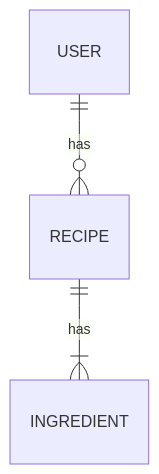
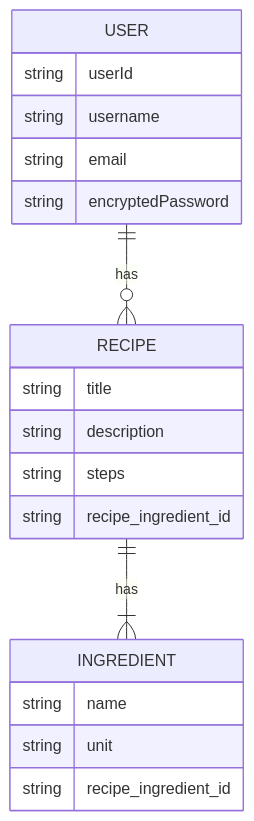
One commit to renja-g/IngredientsGraph changed the diagram in README.md. Above: the diagram before and after it, drawn with Mermaid.

````diff
--- a/README.md
+++ b/README.md
@@ -7,6 +7,23 @@
 ```mermaid
 erDiagram
     USER ||--o{ RECIPE : has
     RECIPE ||--|{ INGREDIENT : has
 
+    USER {
+        string userId
+        string username
+        string email
+        string encryptedPassword
+    }
+    RECIPE {
+        string title
+        string description
+        string steps
+        string recipe_ingredient_id
+    }
+    INGREDIENT {
+        string name
+        string unit
+        string recipe_ingredient_id
+    }
 ```
````
